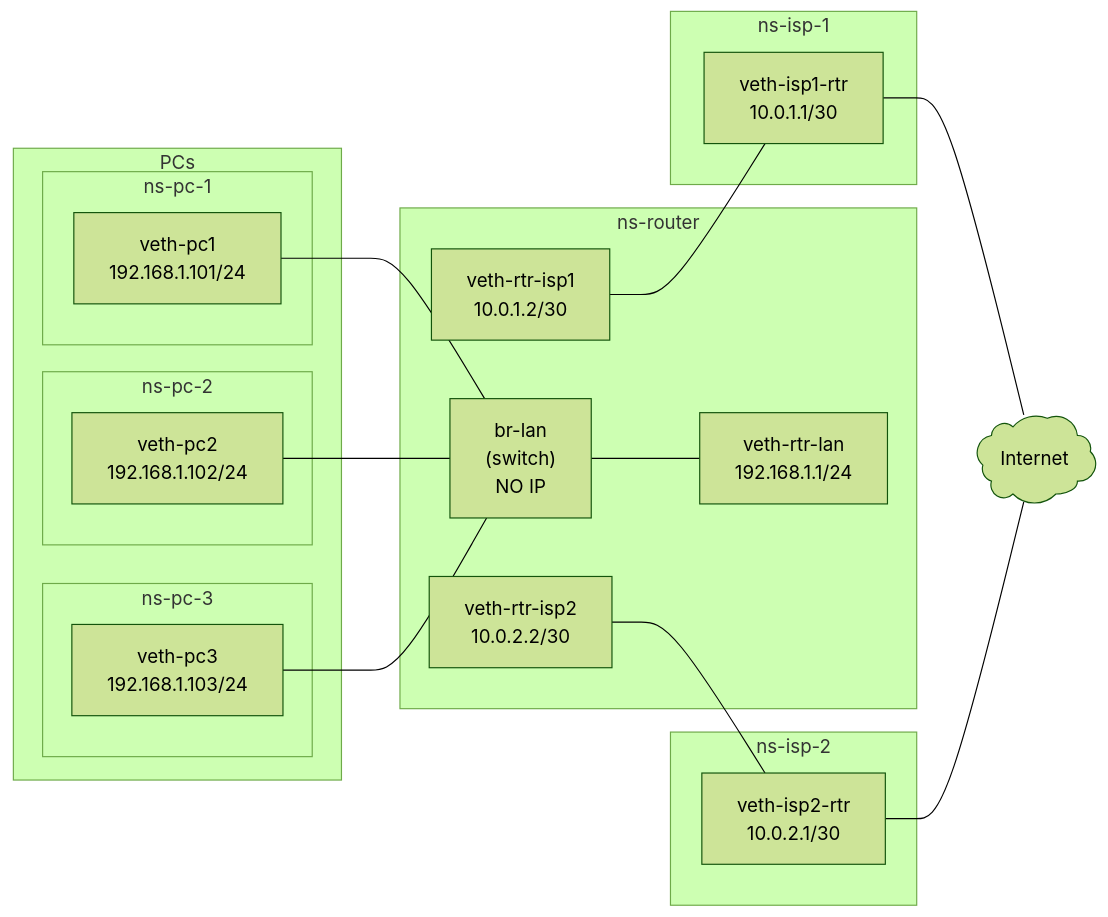
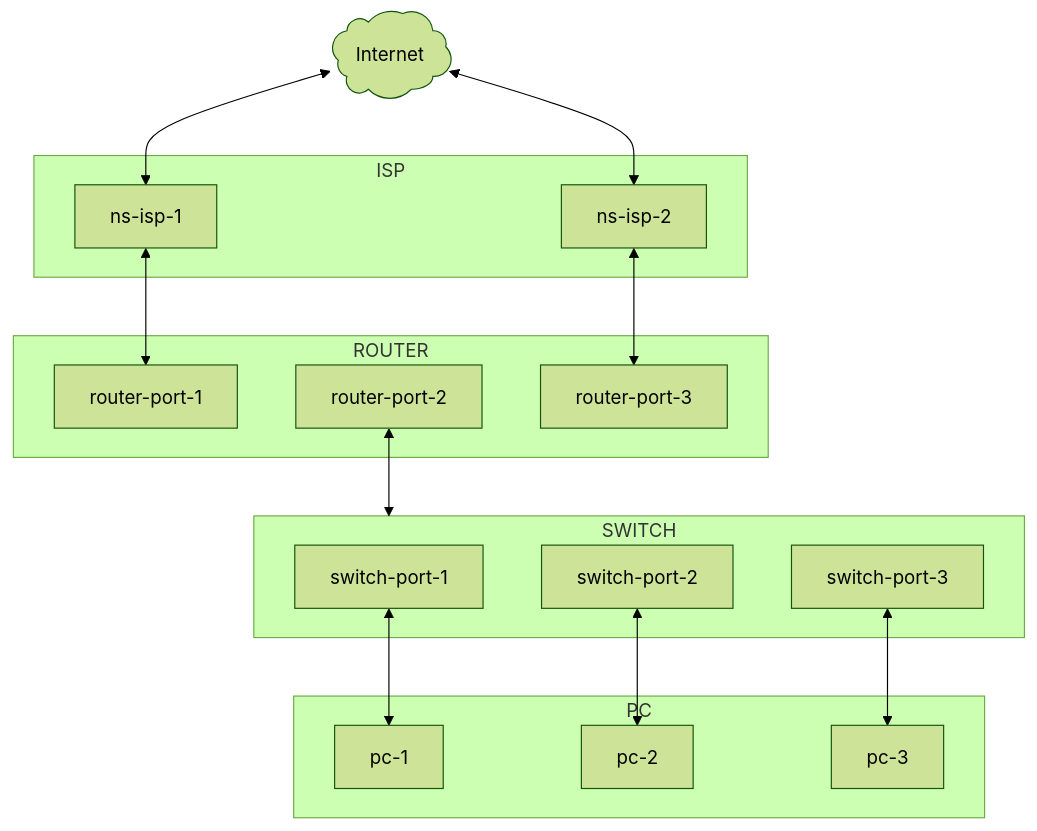
Before and after one commit to twdamhore/virtual-switch-lab: the diagram in docs/01-policy-routing.md, drawn with Mermaid (forest theme).

Commit message:
Revise network diagram for policy routing
Updated the network diagram to reflect new structure and components.

````diff
--- a/docs/01-policy-routing.md
+++ b/docs/01-policy-routing.md
@@ -33,40 +33,33 @@
 ```mermaid
-graph LR
-    subgraph PCs
-        subgraph ns-pc-1
-            PC1["veth-pc1<br>192.168.1.101/24"]
-        end
-        subgraph ns-pc-2
-            PC2["veth-pc2<br>192.168.1.102/24"]
-        end
-        subgraph ns-pc-3
-            PC3["veth-pc3<br>192.168.1.103/24"]
-        end
+graph TB
+    Internet@{ label: "Internet", shape: cloud }
+    subgraph ISP
+        ISP_1["ns-isp-1"]
+        ISP_2["ns-isp-2"]
+    end
+    subgraph ROUTER
+        ROUTER_PORT_1["router-port-1"]
+        ROUTER_PORT_2["router-port-2"]
+        ROUTER_PORT_3["router-port-3"]
+    end
+    subgraph SWITCH
+        SWITCH_PORT_1["switch-port-1"]
+        SWITCH_PORT_2["switch-port-2"]
+        SWITCH_PORT_3["switch-port-3"]
+    end
+    subgraph PC
+        PC_1["pc-1"]
+        PC_2["pc-2"]
+        PC_3["pc-3"]
     end
     
-    subgraph ns-router
-        BR_LAN["br-lan<br>(switch)<br>NO IP"]
-        RTR_LAN["veth-rtr-lan<br>192.168.1.1/24"]
-        RTR_ISP1["veth-rtr-isp1<br>10.0.1.2/30"]
-        RTR_ISP2["veth-rtr-isp2<br>10.0.2.2/30"]
-    end
+    Internet <--> ISP_1
+    Internet <--> ISP_2
+    ISP_1 <--> ROUTER_PORT_1
+    ISP_2 <--> ROUTER_PORT_3
+    ROUTER_PORT_2 <--> SWITCH
+    SWITCH_PORT_1 <--> PC_1
+    SWITCH_PORT_2 <--> PC_2
+    SWITCH_PORT_3 <--> PC_3
     
-    subgraph ns-isp-1
-        ISP1_RTR["veth-isp1-rtr<br>10.0.1.1/30"]
-    end
-    
-    subgraph ns-isp-2
-        ISP2_RTR["veth-isp2-rtr<br>10.0.2.1/30"]
-    end
-    
-    Internet@{ label: "Internet", shape: cloud }
-    
-    PC1 --- BR_LAN
-    PC2 --- BR_LAN
-    PC3 --- BR_LAN
-    BR_LAN --- RTR_LAN
-    RTR_ISP1 --- ISP1_RTR
-    RTR_ISP2 --- ISP2_RTR
-    ISP1_RTR --- Internet
-    ISP2_RTR --- Internet
 ```
````
